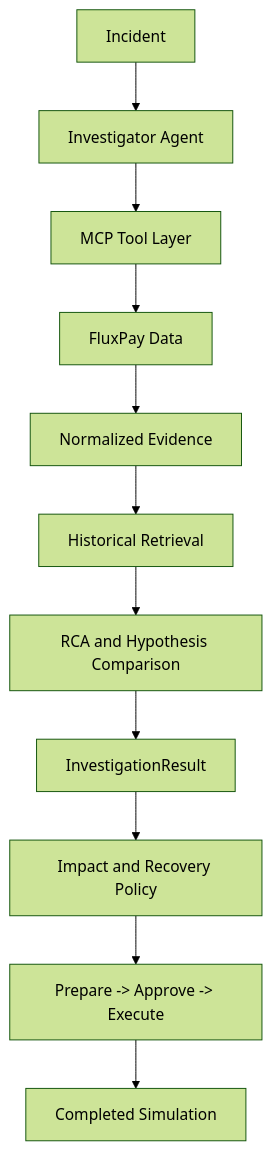
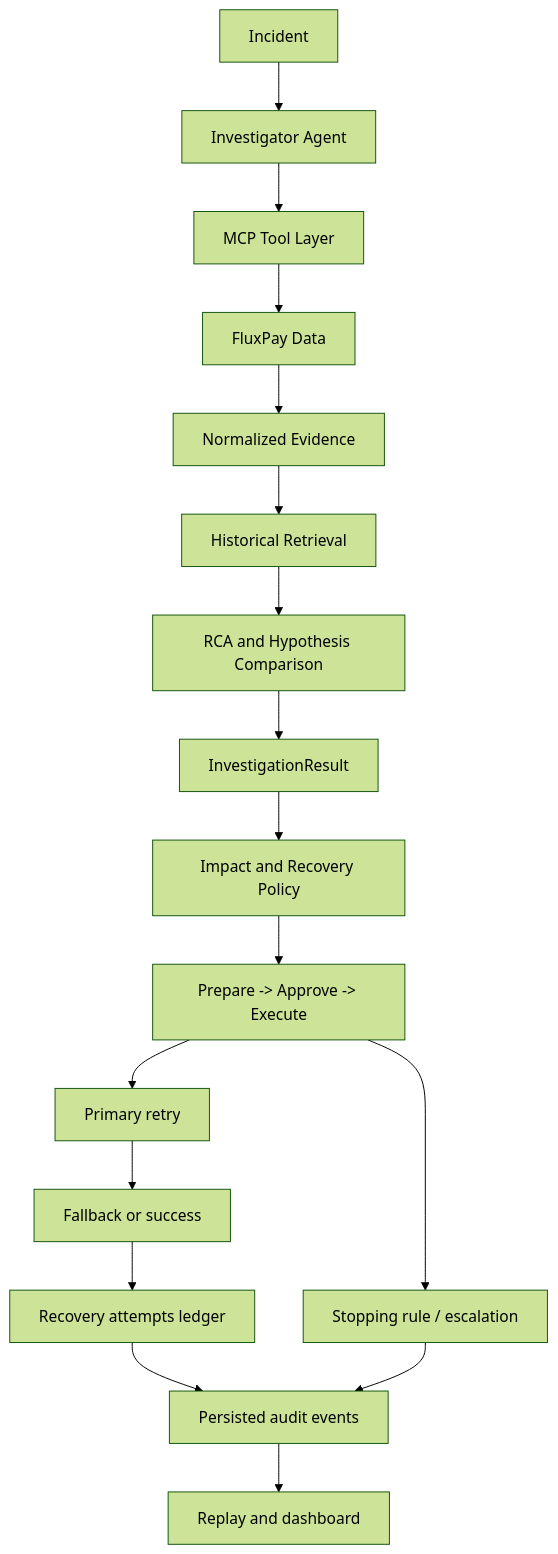
One commit to ZainabTravadi/RazorPay-Hackathon-Submission changed the diagram in docs/architecture.md. Above: the diagram before and after it, drawn with Mermaid (forest theme). The commit also changed other lines of this file and 16 other files, not shown here.

````diff
--- a/docs/architecture.md
+++ b/docs/architecture.md
@@ -7,13 +8,19 @@
 ```mermaid
 flowchart TD
   A[Incident] --> B[Investigator Agent]
   B --> C[MCP Tool Layer]
   C --> D[FluxPay Data]
   D --> E[Normalized Evidence]
   E --> F[Historical Retrieval]
   F --> G[RCA and Hypothesis Comparison]
   G --> H[InvestigationResult]
   H --> I[Impact and Recovery Policy]
   I --> J[Prepare -> Approve -> Execute]
-  J --> K[Completed Simulation]
+  J --> K[Primary retry]
+  K --> L[Fallback or success]
+  L --> M[Recovery attempts ledger]
+  J --> N[Stopping rule / escalation]
+  M --> O[Persisted audit events]
+  N --> O
+  O --> P[Replay and dashboard]
 ```
````
